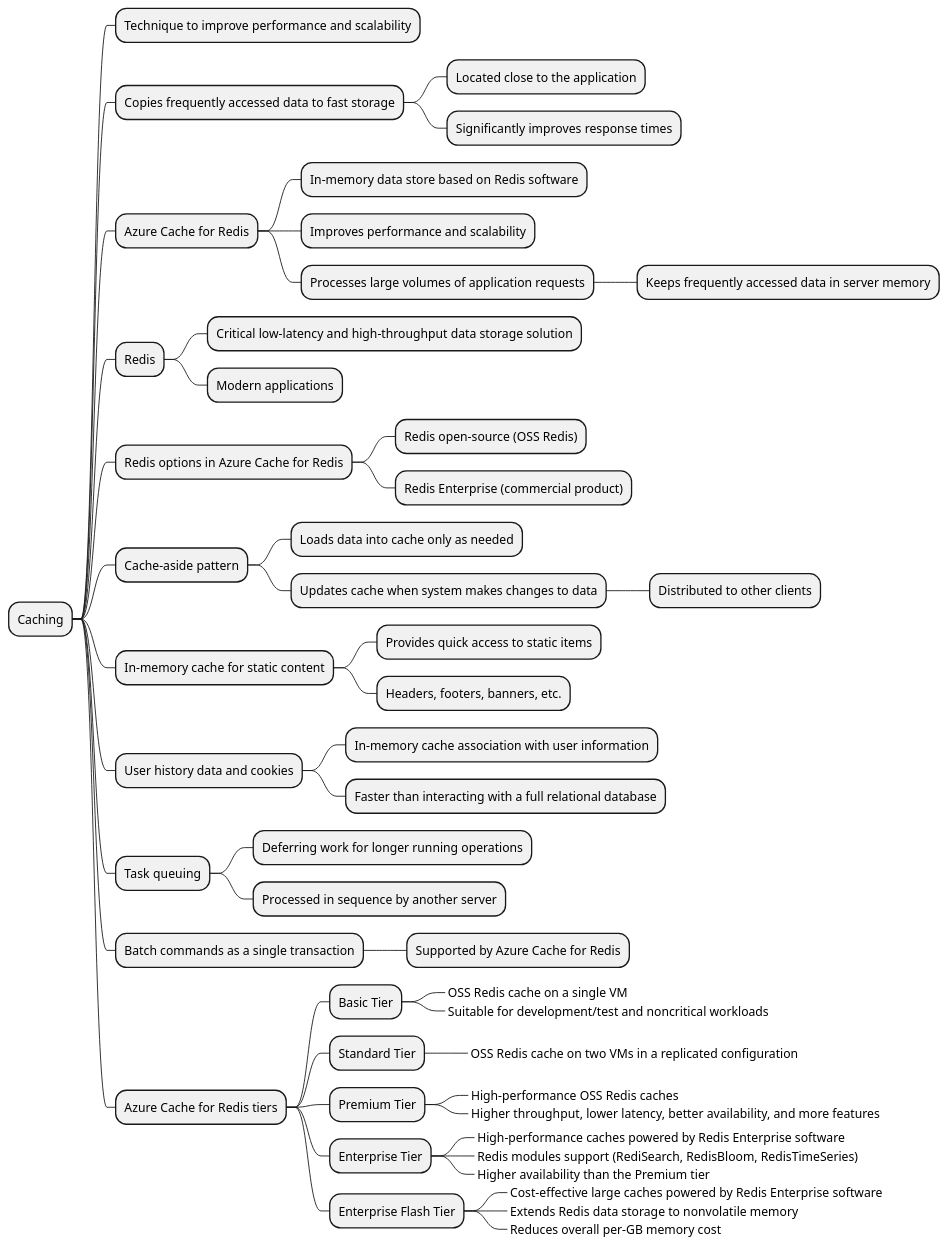
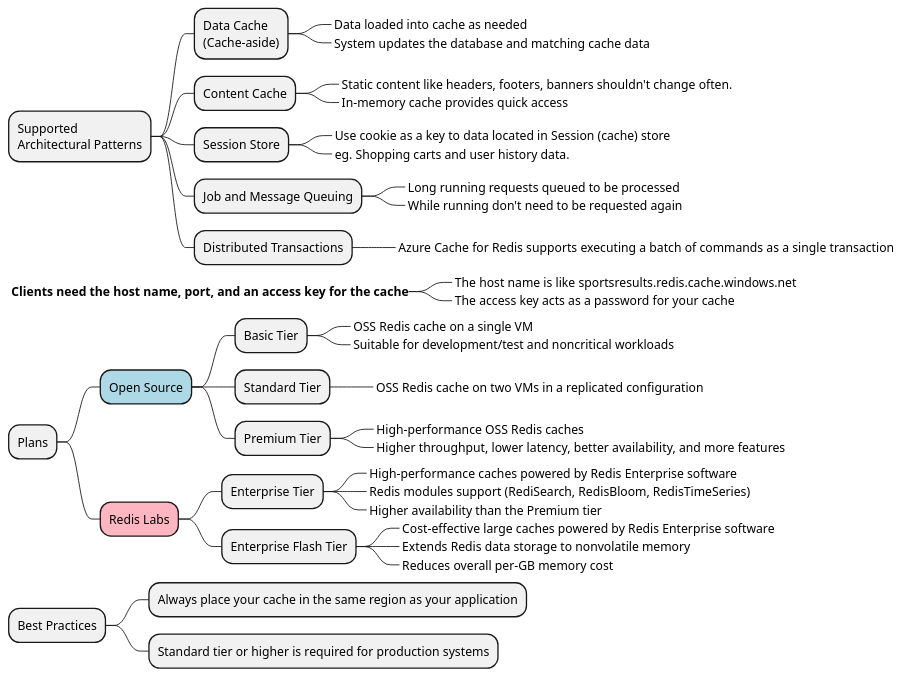
Before and after one commit to bobbyache/AZ-204: the diagram in 08 - caching-redis/diagrams/1-overview-mindmap.plantuml, drawn with PlantUML. The commit also changed 101 other files, not shown here.

```diff
--- a/08 - caching-redis/diagrams/1-overview-mindmap.plantuml
+++ b/08 - caching-redis/diagrams/1-overview-mindmap.plantuml
@@ -1,50 +1,48 @@
-@startmindmap
-* Caching
-** Technique to improve performance and scalability
-** Copies frequently accessed data to fast storage
-*** Located close to the application
-*** Significantly improves response times
-** Azure Cache for Redis
-*** In-memory data store based on Redis software
-*** Improves performance and scalability
-*** Processes large volumes of application requests
-**** Keeps frequently accessed data in server memory
-** Redis
-*** Critical low-latency and high-throughput data storage solution
-*** Modern applications
-** Redis options in Azure Cache for Redis
-*** Redis open-source (OSS Redis)
-*** Redis Enterprise (commercial product)
-** Cache-aside pattern
-*** Loads data into cache only as needed
-*** Updates cache when system makes changes to data
-**** Distributed to other clients
-** In-memory cache for static content
-*** Provides quick access to static items
-*** Headers, footers, banners, etc.
-** User history data and cookies
-*** In-memory cache association with user information
-*** Faster than interacting with a full relational database
-** Task queuing
-*** Deferring work for longer running operations
-*** Processed in sequence by another server
-** Batch commands as a single transaction
-*** Supported by Azure Cache for Redis
-** Azure Cache for Redis tiers
-*** Basic Tier
-****_ OSS Redis cache on a single VM
-****_ Suitable for development/test and noncritical workloads
-*** Standard Tier
-****_ OSS Redis cache on two VMs in a replicated configuration
-*** Premium Tier
-****_ High-performance OSS Redis caches
-****_ Higher throughput, lower latency, better availability, and more features
-*** Enterprise Tier
-****_ High-performance caches powered by Redis Enterprise software
-****_ Redis modules support (RediSearch, RedisBloom, RedisTimeSeries)
-****_ Higher availability than the Premium tier
-*** Enterprise Flash Tier
-****_ Cost-effective large caches powered by Redis Enterprise software
-****_ Extends Redis data storage to nonvolatile memory
-****_ Reduces overall per-GB memory cost
+@startmindmap "Azure Cache for Redis"
+
+
++ Supported\nArchitectural Patterns
+++ Data Cache\n(Cache-aside)
++++_ Data loaded into cache as needed
++++_ System updates the database and matching cache data
+++ Content Cache
++++_ Static content like headers, footers, banners shouldn't change often.
++++_ In-memory cache provides quick access
+++ Session Store
++++_ Use cookie as a key to data located in Session (cache) store
++++_ eg. Shopping carts and user history data.
+++ Job and Message Queuing
++++_ Long running requests queued to be processed
++++_ While running don't need to be requested again
+++ Distributed Transactions
++++_ Azure Cache for Redis supports executing a batch of commands as a single transaction
+
++_ **Clients need the host name, port, and an access key for the cache**
+++_ The host name is like sportsresults.redis.cache.windows.net
+++_ The access key acts as a password for your cache
+
++ Plans
+++[#lightblue] Open Source
++++ Basic Tier
+++++_ OSS Redis cache on a single VM
+++++_ Suitable for development/test and noncritical workloads
++++ Standard Tier
+++++_ OSS Redis cache on two VMs in a replicated configuration
++++ Premium Tier
+++++_ High-performance OSS Redis caches
+++++_ Higher throughput, lower latency, better availability, and more features
+++[#lightpink] Redis Labs
++++ Enterprise Tier
+++++_ High-performance caches powered by Redis Enterprise software
+++++_ Redis modules support (RediSearch, RedisBloom, RedisTimeSeries)
+++++_ Higher availability than the Premium tier
++++ Enterprise Flash Tier
+++++_ Cost-effective large caches powered by Redis Enterprise software
+++++_ Extends Redis data storage to nonvolatile memory
+++++_ Reduces overall per-GB memory cost
+
++ Best Practices
+++ Always place your cache in the same region as your application
+++ Standard tier or higher is required for production systems
+
 @endmindmap
```
